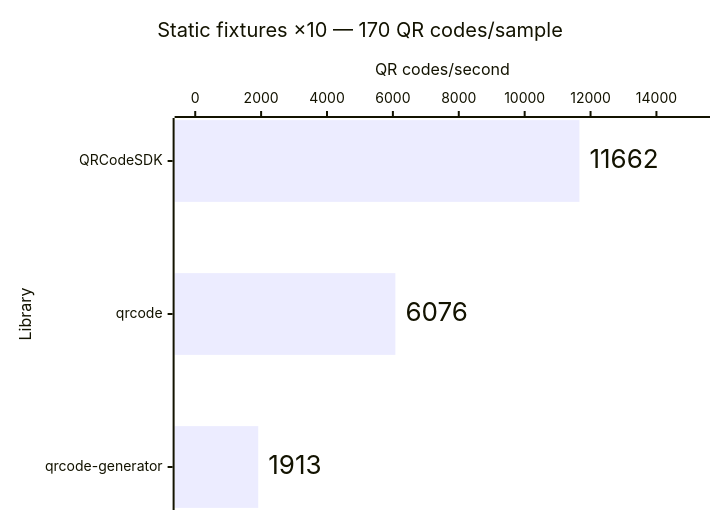
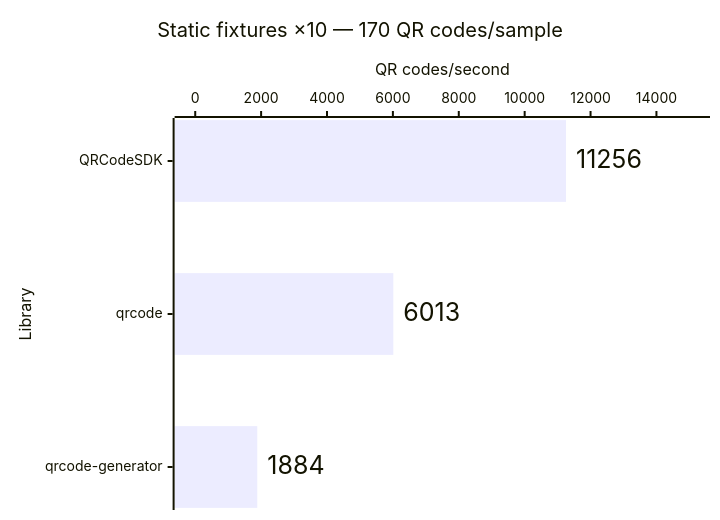
Before and after one commit to Dafnik/qrcodesdk: the second of 14 diagrams in apps/docs/src/content/docs/learn/performance.md, drawn with Mermaid. The commit also changed other lines of this file, not shown here.

````diff
--- a/apps/docs/src/content/docs/learn/performance.md
+++ b/apps/docs/src/content/docs/learn/performance.md
@@ -45,15 +45,15 @@
 ```mermaid
 ---
 config:
   xyChart:
     showDataLabel: true
     showDataLabelOutsideBar: true
 ---
 xychart horizontal
   accTitle: Matrix generation: Static fixtures ×10 — 170 QR codes/sample
-  accDescr: Throughput calculated from median time. QRCodeSDK 11,662 QR codes per second, qrcode 6,076 QR codes per second, qrcode-generator 1,913 QR codes per second. Higher is better.
+  accDescr: Throughput calculated from median time. QRCodeSDK 11,256 QR codes per second, qrcode 6,013 QR codes per second, qrcode-generator 1,884 QR codes per second. Higher is better.
   title "Static fixtures ×10 — 170 QR codes/sample"
   x-axis "Library" ["QRCodeSDK", "qrcode", "qrcode-generator"]
   y-axis "QR codes/second" 0 --> 15000
-  bar [11662, 6076, 1913]
+  bar [11256, 6013, 1884]
 ```
````
